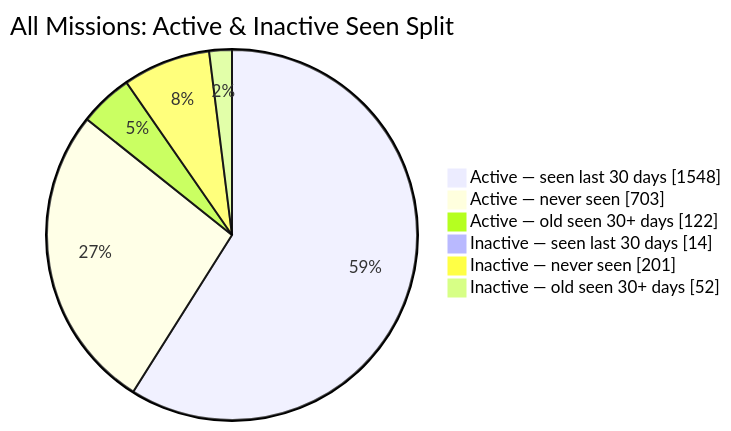
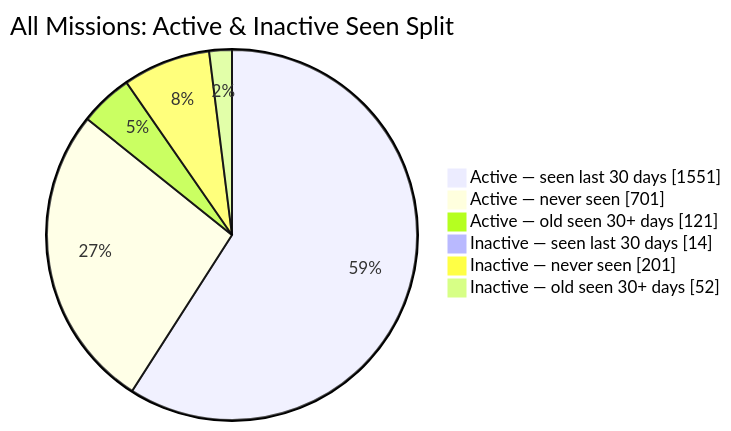
The second of 2 diagrams in README.md (MeldkamerspelGameTeam/active-missions), drawn with Mermaid before and after one commit. The commit also changed other lines of this file and 3 other files, not shown here.

````diff
--- a/README.md
+++ b/README.md
@@ -44,10 +44,10 @@
 ```mermaid
 pie showData
     title All Missions: Active & Inactive Seen Split
-    "Active — seen last 30 days" : 1548
-    "Active — never seen" : 703
-    "Active — old seen 30+ days" : 122
+    "Active — seen last 30 days" : 1551
+    "Active — never seen" : 701
+    "Active — old seen 30+ days" : 121
     "Inactive — seen last 30 days" : 14
     "Inactive — never seen" : 201
     "Inactive — old seen 30+ days" : 52
 ```
````
